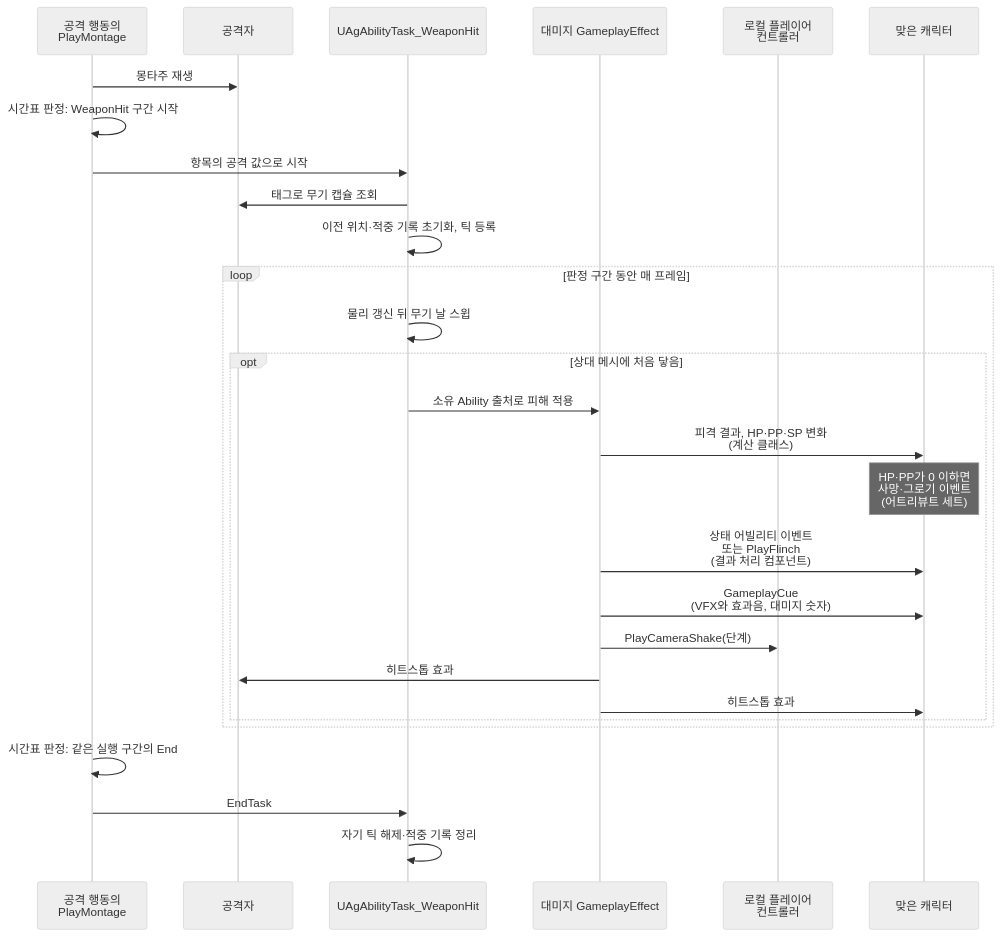
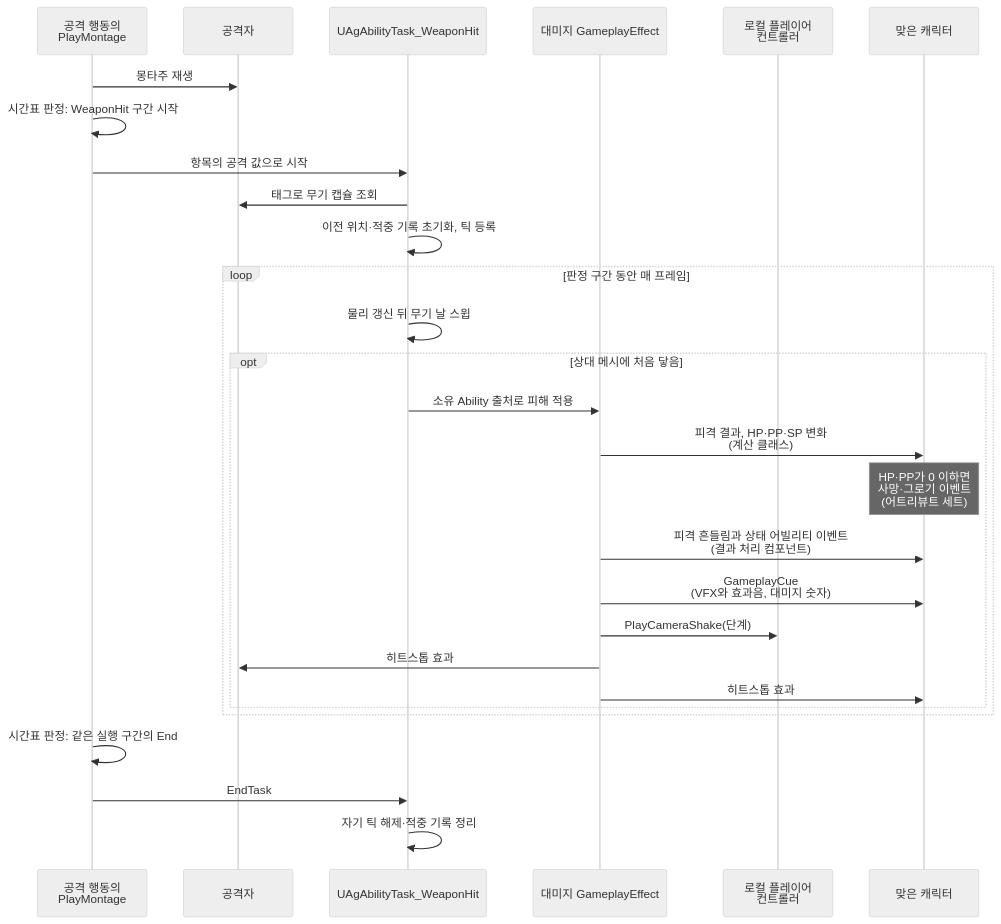
One commit to Woogl/Ag changed the third of 3 diagrams in Docs/Program/대미지와 피격 처리.md. Above: the diagram before and after it, drawn with Mermaid (neutral theme). The commit also changed other lines of this file and 25 other files, not shown here.

````diff
--- a/Docs/Program/대미지와 피격 처리.md
+++ b/Docs/Program/대미지와 피격 처리.md
@@ -75,30 +75,30 @@
 ```mermaid
 sequenceDiagram
     participant GA as 공격 행동의<br>PlayMontage
     participant A as 공격자
     participant AT as UAgAbilityTask_WeaponHit
     participant G as 대미지 GameplayEffect
     participant P as 로컬 플레이어<br>컨트롤러
     participant T as 맞은 캐릭터
     GA->>A: 몽타주 재생
     GA->>GA: 시간표 판정: WeaponHit 구간 시작
     GA->>AT: 항목의 공격 값으로 시작
     AT->>A: 태그로 무기 캡슐 조회
     AT->>AT: 이전 위치·적중 기록 초기화, 틱 등록
     loop 판정 구간 동안 매 프레임
         AT->>AT: 물리 갱신 뒤 무기 날 스윕
         opt 상대 메시에 처음 닿음
             AT->>G: 소유 Ability 출처로 피해 적용
             G->>T: 피격 결과, HP·PP·SP 변화<br>(계산 클래스)
             Note over T: HP·PP가 0 이하면<br>사망·그로기 이벤트<br>(어트리뷰트 세트)
-            G->>T: 상태 어빌리티 이벤트<br>또는 PlayFlinch<br>(결과 처리 컴포넌트)
+            G->>T: 피격 흔들림과 상태 어빌리티 이벤트<br>(결과 처리 컴포넌트)
             G->>T: GameplayCue<br>(VFX와 효과음, 대미지 숫자)
             G->>P: PlayCameraShake(단계)
             G->>A: 히트스톱 효과
             G->>T: 히트스톱 효과
         end
     end
     GA->>GA: 시간표 판정: 같은 실행 구간의 End
     GA->>AT: EndTask
     AT->>AT: 자기 틱 해제·적중 기록 정리
 ```
````
